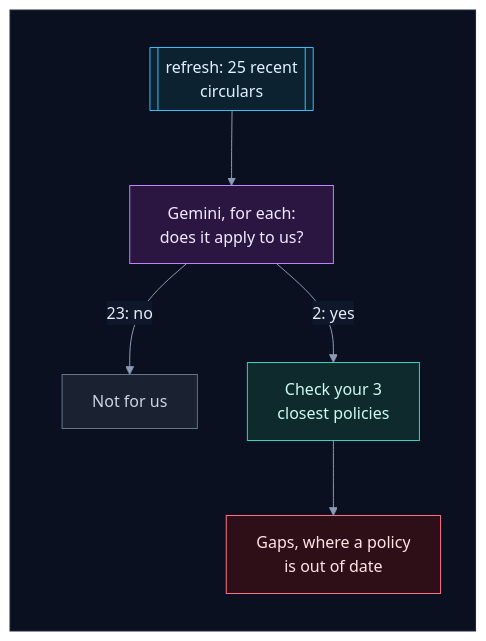
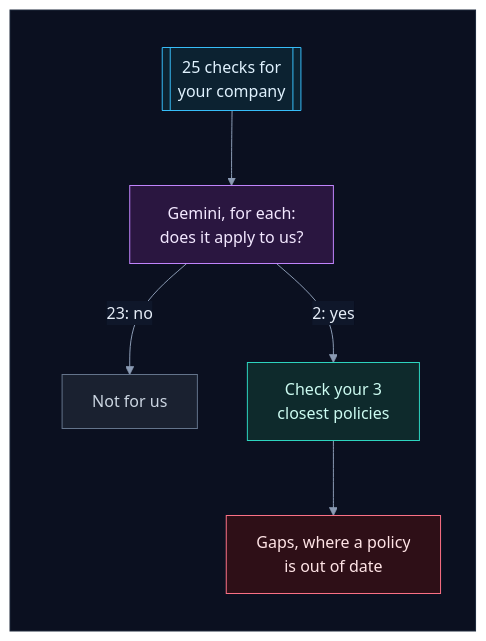
Before and after one commit to selvakumarperumal/Regulatory_Circular_Impact_Agent: diagram 36 of 56 in how_it_works.md, drawn with Mermaid. The commit also changed other lines of this file and 4 other files, not shown here.

````diff
--- a/how_it_works.md
+++ b/how_it_works.md
@@ -1774,27 +1783,27 @@
 ```mermaid
 %%{init: {"theme": "base", "flowchart": {"diagramPadding": 0}, "themeVariables": {"darkMode": true, "primaryColor": "#16213a", "primaryTextColor": "#e6edf7", "primaryBorderColor": "#475a7a", "lineColor": "#8b9bb4", "secondaryColor": "#1b2436", "tertiaryColor": "#101a2e", "edgeLabelBackground": "#0f172a", "textColor": "#e2e8f0", "clusterBkg": "#0f1728", "clusterBorder": "#2b3a55", "titleColor": "#c4b5fd", "nodeTextColor": "#e6edf7"}}}%%
 flowchart TD
     subgraph canvas[" "]
         direction TB
-        q[["refresh: 25 recent<br/>circulars"]] --> g["Gemini, for each:<br/>does it apply to us?"]
+        q[["25 checks for<br/>your company"]] --> g["Gemini, for each:<br/>does it apply to us?"]
         g -->|"23: no"| n["Not for us"]
         g -->|"2: yes"| p["Check your 3<br/>closest policies"]
         p --> gap["Gaps, where a policy<br/>is out of date"]
     end
     classDef svc fill:#0e2a2c,stroke:#2dd4bf,color:#ccfbf1
     classDef data fill:#1c1a47,stroke:#818cf8,color:#e0e7ff
     classDef ext fill:#2a1640,stroke:#c084fc,color:#f3e8ff
     classDef gpu fill:#2d1b0c,stroke:#fb923c,color:#ffedd5
     classDef ask fill:#2a2410,stroke:#fbbf24,color:#fef3c7
     classDef ok fill:#0b2a1c,stroke:#34d399,color:#d1fae5
     classDef bad fill:#2e0f17,stroke:#fb7185,color:#ffe4e6
     classDef start fill:#1c2a0e,stroke:#a7ef6f,color:#ecfccb
     classDef muted fill:#1a2130,stroke:#64748b,color:#cbd5e1
     classDef queue fill:#0c2231,stroke:#38bdf8,color:#e0f2fe
     class q queue
     class g ext
     class n muted
     class p svc
     class gap bad
     style canvas fill:#0b1020,stroke:#1e293b,color:#0b1020
 ```
````
